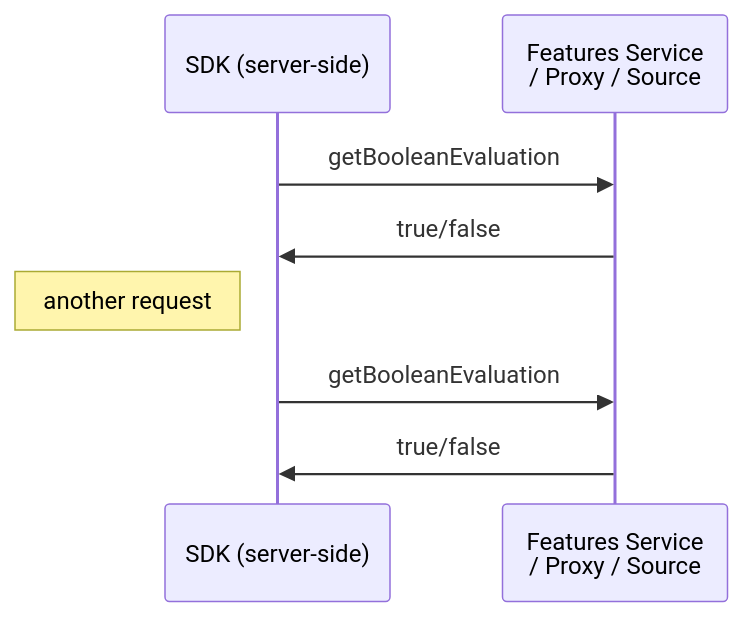
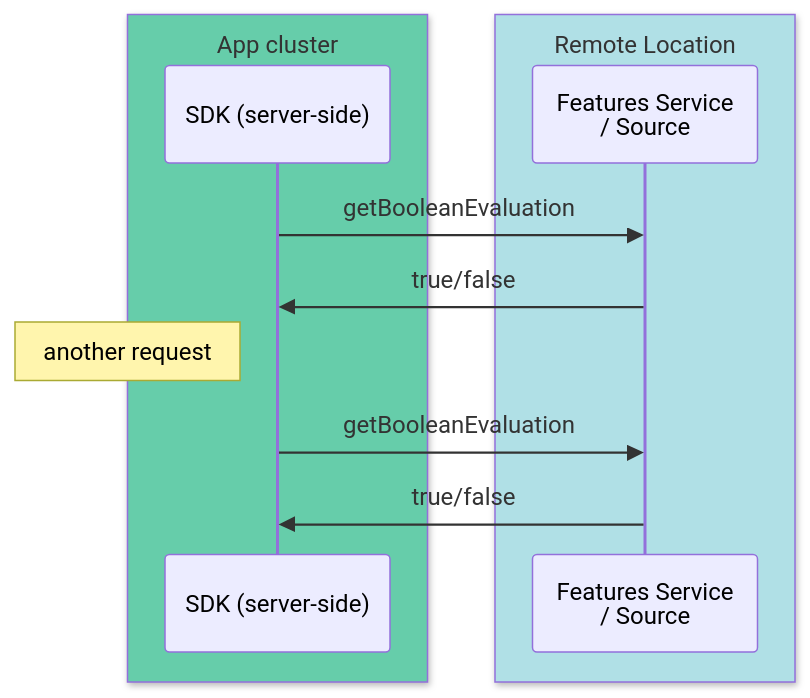
The first of 5 diagrams in blog/2023-11-01-feature-flags-sdks-architectures.md (liran2000/openfeature.dev), drawn with Mermaid before and after one commit. The commit also changed other lines of this file, not shown here.

Commit message:
enrich sequence diagrams with proxy

````diff
--- a/blog/2023-11-01-feature-flags-sdks-architectures.md
+++ b/blog/2023-11-01-feature-flags-sdks-architectures.md
@@ -49,10 +49,14 @@
 ```mermaid
 sequenceDiagram
+  box MediumAquamarine App cluster
   participant SDK as SDK (server-side)
-  participant features as Features Service <br> / Proxy / Source
+  end
+  box PowderBlue Remote Location
+  participant features as Features Service <br> / Source
+  end
   SDK->>features: getBooleanEvaluation
   features->>SDK: true/false
   note left of SDK: another request
   SDK->>features: getBooleanEvaluation
   features->>SDK: true/false
 ```
````
